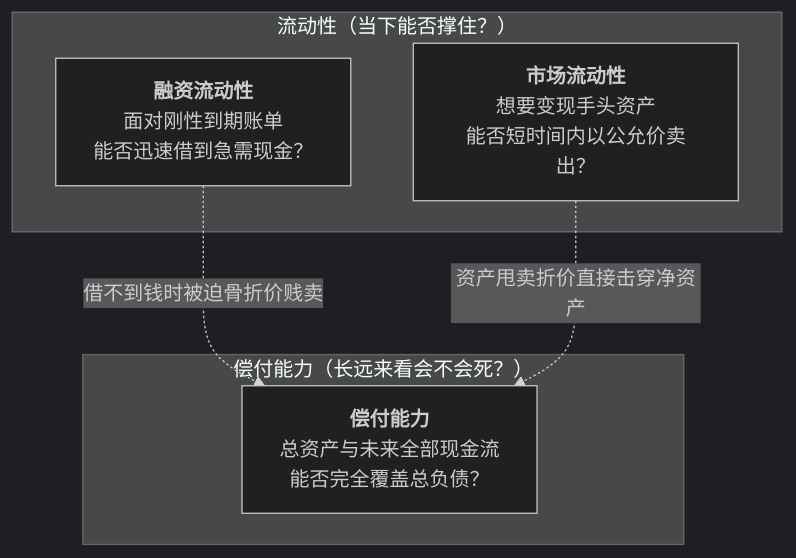
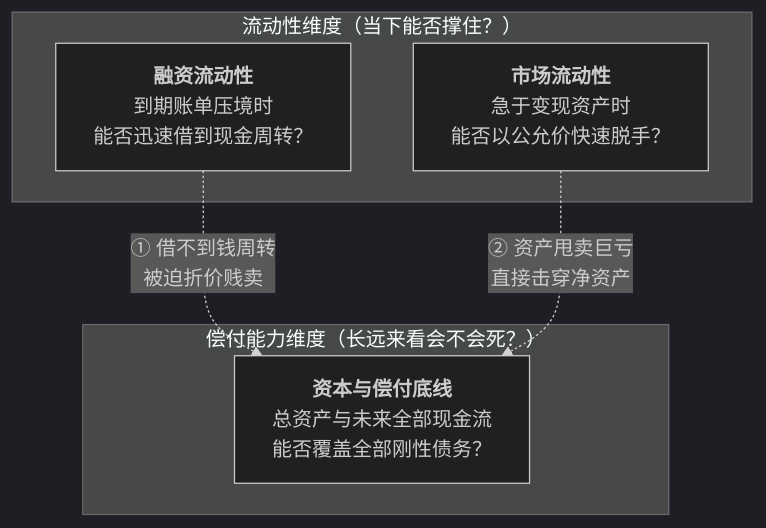
One commit to fangpings/us-econ changed the third of 6 diagrams in textbook/01-economic-map.md. Above: the diagram before and after it, drawn with Mermaid (dark theme). The commit also changed 17 other files, not shown here.

Commit message:
feat: 重构模块1至模块5核心章节，根治Mermaid文字截断与对齐问题，规范LaTeX公式

````diff
--- a/textbook/01-economic-map.md
+++ b/textbook/01-economic-map.md
@@ -231,12 +231,14 @@
 ```mermaid
 flowchart TD
-    subgraph Liquidity["流动性（当下能否撑住？）"]
-        L1["<b>融资流动性</b><br/>面对刚性到期账单<br/>能否迅速借到急需现金？"]
-        L2["<b>市场流动性</b><br/>想要变现手头资产<br/>能否短时间内以公允价卖出？"]
+    subgraph Liquidity["流动性维度（当下能否撑住？）"]
+        L1["<b>融资流动性</b><br/>到期账单压境时<br/>能否迅速借到现金周转？"]
+        L2["<b>市场流动性</b><br/>急于变现资产时<br/>能否以公允价快速脱手？"]
     end
-    subgraph Solvency["偿付能力（长远来看会不会死？）"]
-        S1["<b>偿付能力</b><br/>总资产与未来全部现金流<br/>能否完全覆盖总负债？"]
+
+    subgraph Solvency["偿付能力维度（长远来看会不会死？）"]
+        S1["<b>资本与偿付底线</b><br/>总资产与未来全部现金流<br/>能否覆盖全部刚性债务？"]
     end
-    L1 -.->|"借不到钱时被迫骨折价贱卖"| S1
-    L2 -.->|"资产甩卖折价直接击穿净资产"| S1
+
+    L1 -.->|"① 借不到钱周转<br/>被迫折价贱卖"| S1
+    L2 -.->|"② 资产甩卖巨亏<br/>直接击穿净资产"| S1
 ```
````
